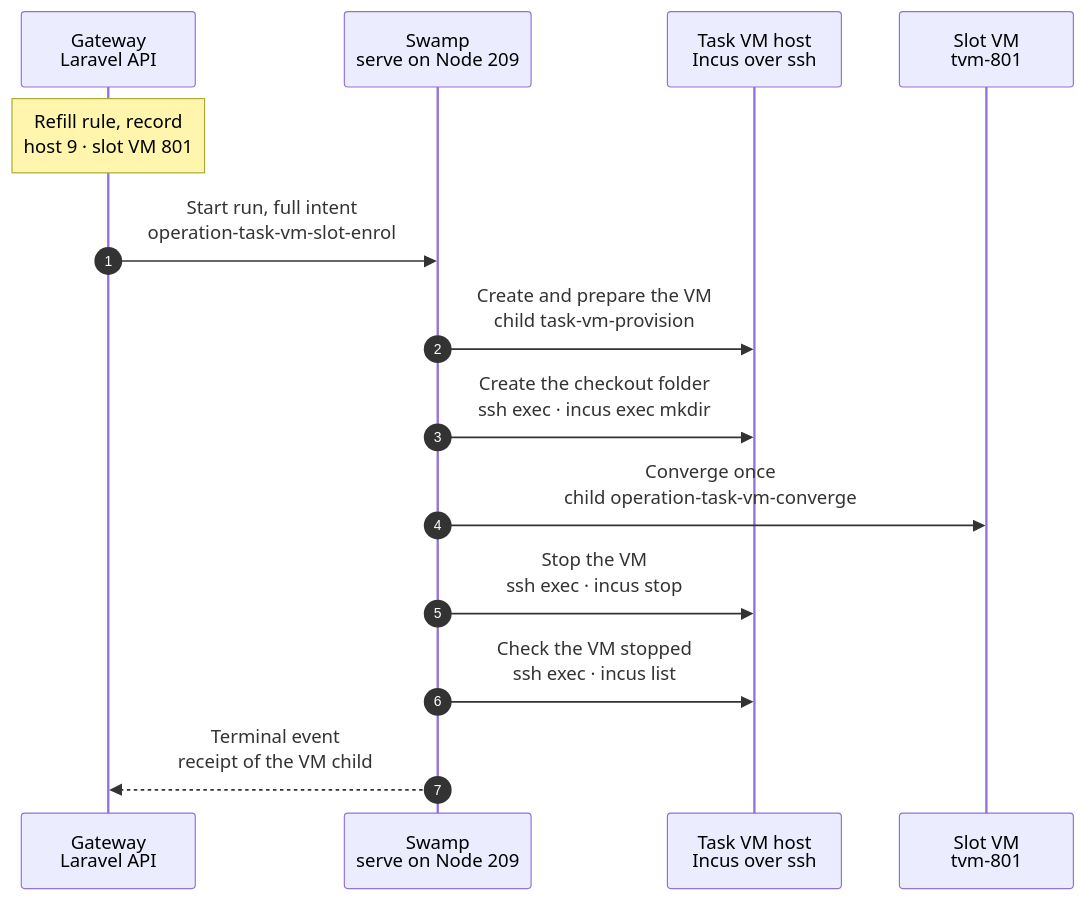
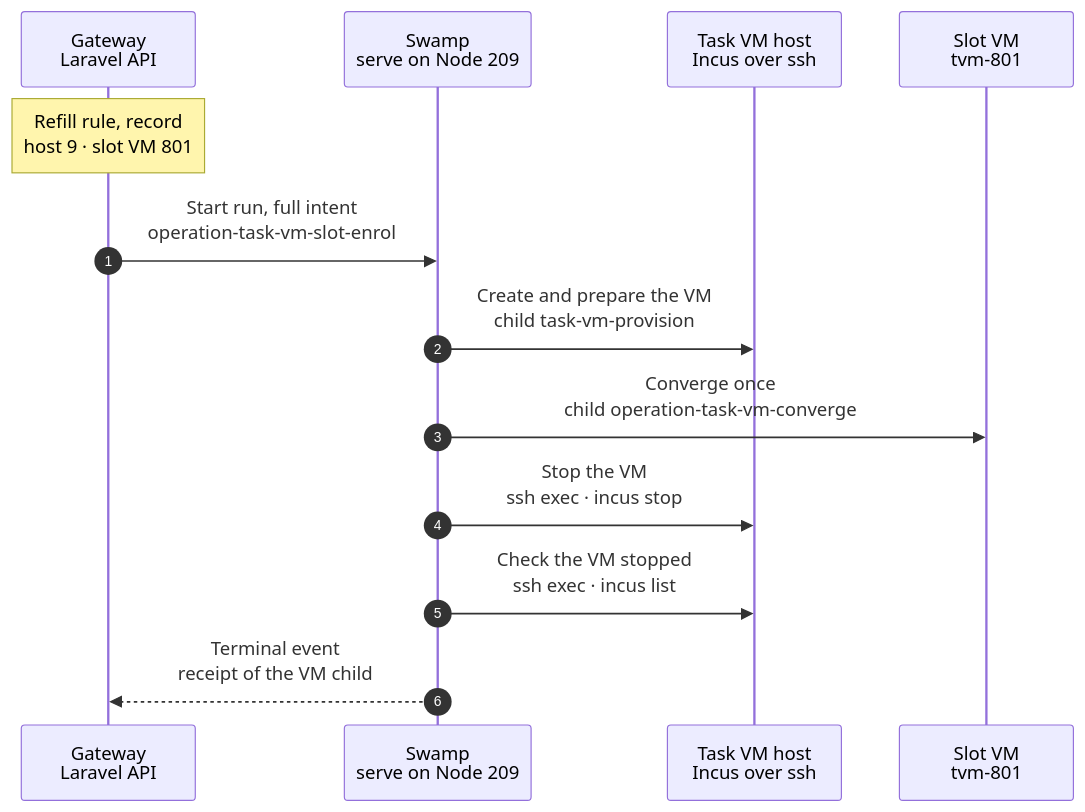
Before and after one commit to hardimpactdev/orbit: the diagram in docs/cli/tasks/vm-slot-enrol.mmd, drawn with Mermaid. The commit also changed 53 other files, not shown here.

First line of the commit message:
Run the nested fleet of a task VM in Incus system containers

```diff
--- a/docs/cli/tasks/vm-slot-enrol.mmd
+++ b/docs/cli/tasks/vm-slot-enrol.mmd
@@ -1,45 +1,42 @@
 sequenceDiagram
   %% Target design: swamp/workflows/workflow-operation-task-vm-slot-enrol.yaml. One ready slot of chart `task_vm.slots` (vm-slots.mmd): the VM child of tasks:provision, the converge, a stop. Decided by the orchestrator, for Nick's review (2026-11-06).
   %% status: draft
   %% command: none · the slot refill rule starts it
   %% kind: task_vm.slot_enrol
   autonumber
   %% lane GW icon=gateway pill=intent tone=blue
   %% lane SW icon=workflow pill=executes tone=green
   %% lane H icon=server pill=target tone=amber
   %% lane VM icon=server pill=target tone=purple
   participant GW as Gateway<br/>Laravel API
   participant SW as Swamp<br/>serve on Node 209
   participant H as Task VM host<br/>Incus over ssh
   participant VM as Slot VM<br/>tvm-801
   Note over GW: Refill rule, record<br/>host 9 · slot VM 801
   %%> Started by:
   %%> - the refill rule of the host, after an enrol, a claim, a destroy, an image promotion or a change of `task_vms.slots`
   %%> - the operator command `task-vms:fill-slots HOST` on the Gateway
   %%> Requirements:
   %%> - the host has `task_vms.slots`, a promoted image and capacity for a VM of the slot size
   %%> - no slot of the host enrols or is destroyed, and no enrol of the host failed in the last 15 minutes
   %%> Result:
   %%> - a task VM row with no group, `slot_project_id` and the host's last promoted image; its guest Node and Pi Process
-  %%> - the converge intent with the NFS export of the Project's checkout path
+  %%> - the converge intent with the nested subnet and bridge
   GW->>SW: Start run, full intent<br/>operation-task-vm-slot-enrol
   %%> Inputs:
   %%> - the provision intent, the converge intent and `execution_secrets` as vault key names
   SW->>H: Create and prepare the VM<br/>child task-vm-provision
   %%> What it does:
   %%> - today's VM child of tasks:provision: clone the image, attach a clone of the host's topology seed, boot, enrol, model key, Pi
-  SW->>H: Create the checkout folder<br/>ssh exec · incus exec mkdir
-  %%> What it does:
-  %%> - creates the Project's empty checkout folder as `orbit`; the converge exports it, and the claim's workspace step fills it
   SW->>VM: Converge once<br/>child operation-task-vm-converge
   %%> What it does:
-  %%> - the task VM role phases: nested Incus with the seed pool, the nested network, the NFS export of the checkout path
+  %%> - the task VM role phases: nested Incus with the seed pool, the nested network
   SW->>H: Stop the VM<br/>ssh exec · incus stop
   %%> How:
   %%> - `sudo timeout 130 incus stop --project orbit-tasks --timeout 120 -- tvm-801`; a VM that is already stopped counts as stopped
   SW->>H: Check the VM stopped<br/>ssh exec · incus list
   SW-->>GW: Terminal event<br/>receipt of the VM child
   %%> Result:
   %%> - success: the Gateway records the enrolment as for any task VM, then the row is `parked` with no group: a ready slot
   %%> - failure: the row is `failed`; the refill rule destroys it with today's destroy
   %%> - either way, the Gateway runs the refill rule of the host again
```
